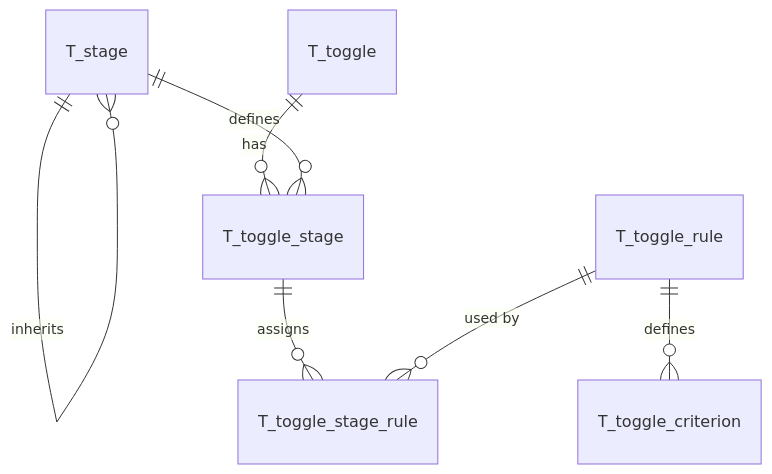
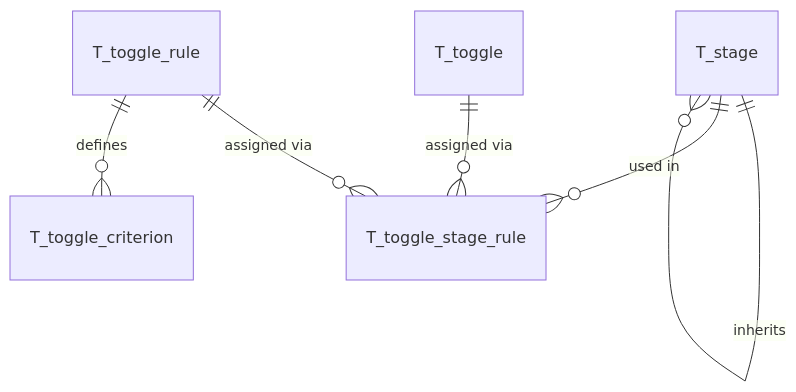
One commit to abstratium-dev/abstoggle changed the diagram in docs/DATABASE.md. Above: the diagram before and after it, drawn with Mermaid. The commit also changed other lines of this file and 53 other files, not shown here.

````diff
--- a/docs/DATABASE.md
+++ b/docs/DATABASE.md
@@ -11,9 +11,8 @@
 ```mermaid
 erDiagram
     T_stage ||--o{ T_stage : inherits
-    T_toggle ||--o{ T_toggle_stage : has
-    T_stage ||--o{ T_toggle_stage : defines
-    T_toggle_stage ||--o{ T_toggle_stage_rule : assigns
-    T_toggle_rule ||--o{ T_toggle_stage_rule : "used by"
+    T_toggle ||--o{ T_toggle_stage_rule : "assigned via"
+    T_stage ||--o{ T_toggle_stage_rule : "used in"
+    T_toggle_rule ||--o{ T_toggle_stage_rule : "assigned via"
     T_toggle_rule ||--o{ T_toggle_criterion : defines
 ```
````
